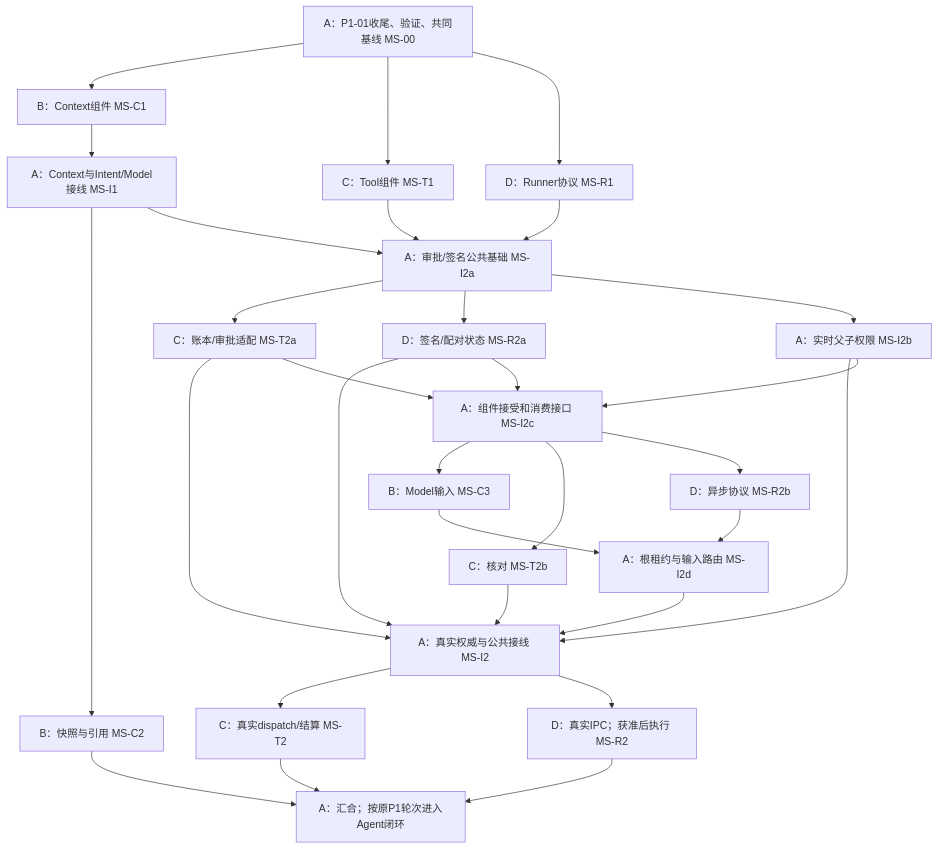
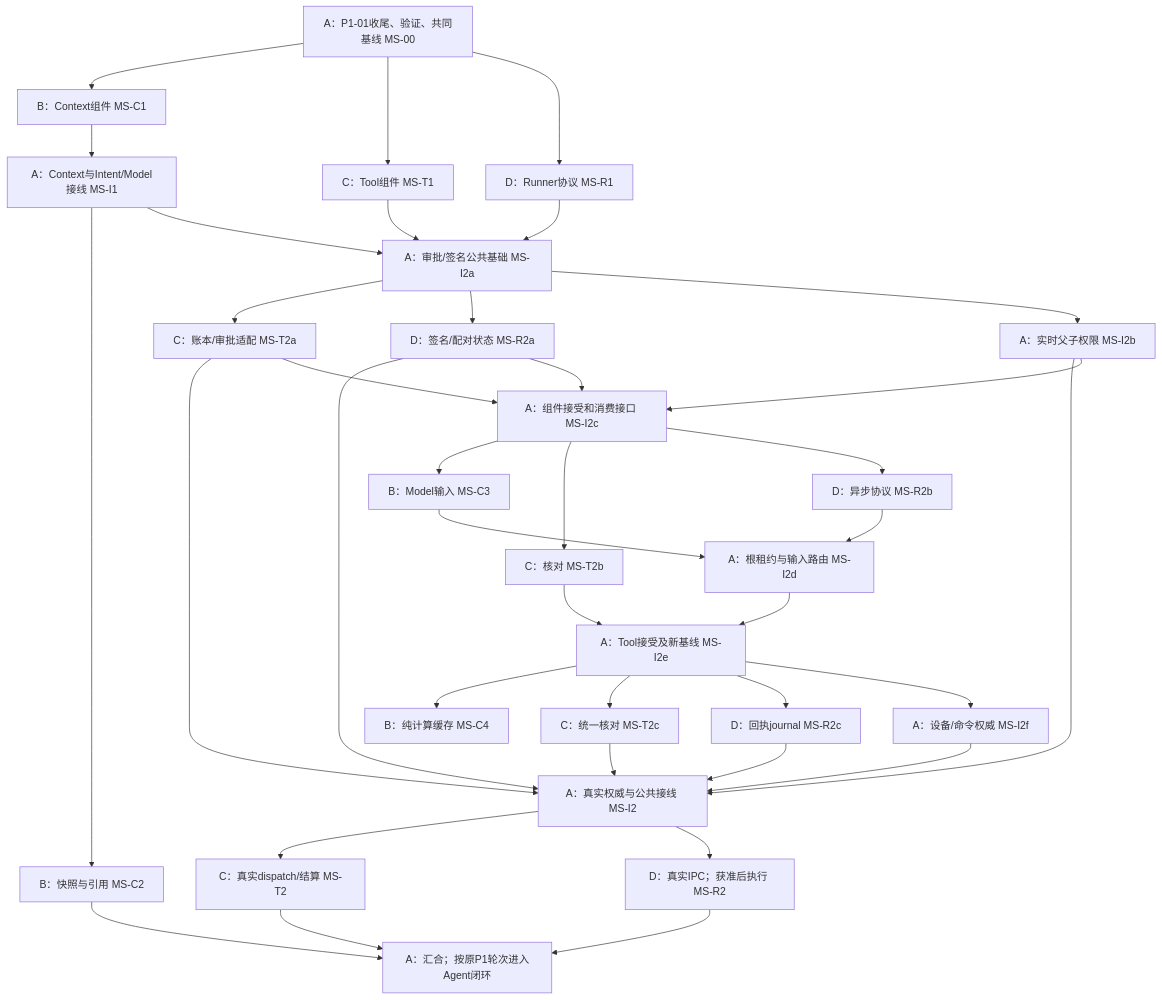
Before and after one commit to Guozai3633/UAW: the diagram in docs/plan/PARALLEL.md, drawn with Mermaid. The commit also changed other lines of this file and 25 other files, not shown here.

````diff
--- a/docs/plan/PARALLEL.md
+++ b/docs/plan/PARALLEL.md
@@ -44,32 +44,39 @@
 ```mermaid
 flowchart TD
   A0["A：P1-01收尾、验证、共同基线 MS-00"] --> B1["B：Context组件 MS-C1"]
   A0 --> C1["C：Tool组件 MS-T1"]
   A0 --> D1["D：Runner协议 MS-R1"]
   B1 --> I1["A：Context与Intent/Model接线 MS-I1"]
   I1 --> B2["B：快照与引用 MS-C2"]
   C1 --> I2a["A：审批/签名公共基础 MS-I2a"]
   D1 --> I2a
   I1 --> I2a
   I2a --> C2a["C：账本/审批适配 MS-T2a"]
   I2a --> D2a["D：签名/配对状态 MS-R2a"]
   I2a --> I2b["A：实时父子权限 MS-I2b"]
   C2a --> I2["A：真实权威与公共接线 MS-I2"]
   D2a --> I2
   I2b --> I2
   C2a --> I2c["A：组件接受和消费接口 MS-I2c"]
   D2a --> I2c
   I2b --> I2c
   I2c --> B3["B：Model输入 MS-C3"]
   I2c --> C2b["C：核对 MS-T2b"]
   I2c --> D2b["D：异步协议 MS-R2b"]
   B3 --> I2d["A：根租约与输入路由 MS-I2d"]
   D2b --> I2d
-  I2d --> I2
-  C2b --> I2
+  I2d --> I2e["A：Tool接受及新基线 MS-I2e"]
+  C2b --> I2e
+  I2e --> B4["B：纯计算缓存 MS-C4"]
+  I2e --> C2c["C：统一核对 MS-T2c"]
+  I2e --> D2c["D：回执journal MS-R2c"]
+  I2e --> I2f["A：设备/命令权威 MS-I2f"]
+  I2f --> I2
+  C2c --> I2
+  D2c --> I2
   I2 --> C2["C：真实dispatch/结算 MS-T2"]
   I2 --> D2["D：真实IPC；获准后执行 MS-R2"]
   B2 --> I3["A：汇合；按原P1轮次进入Agent闭环"]
   C2 --> I3
   D2 --> I3
 ```
````
